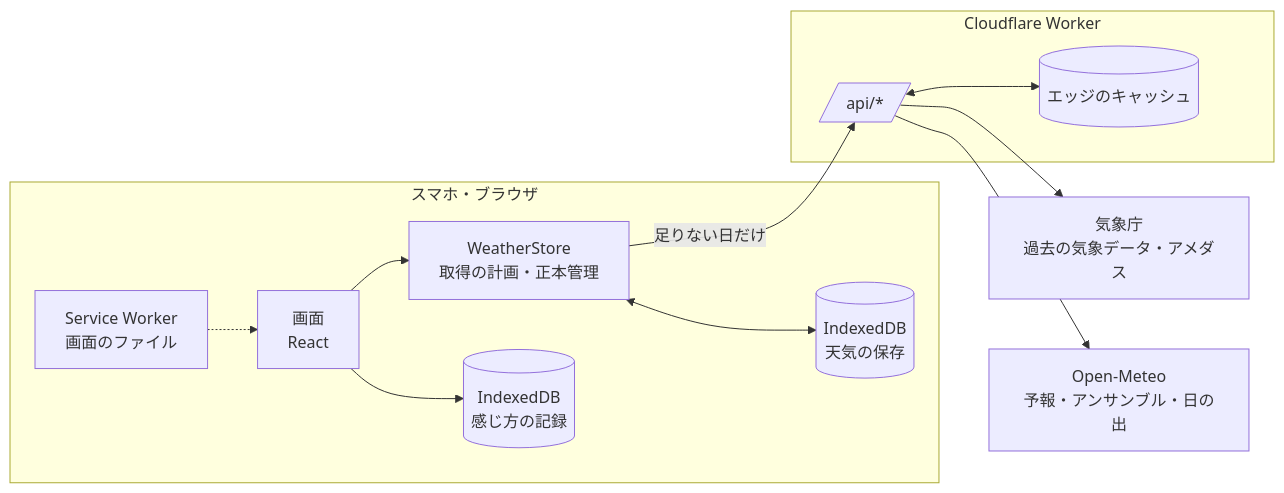
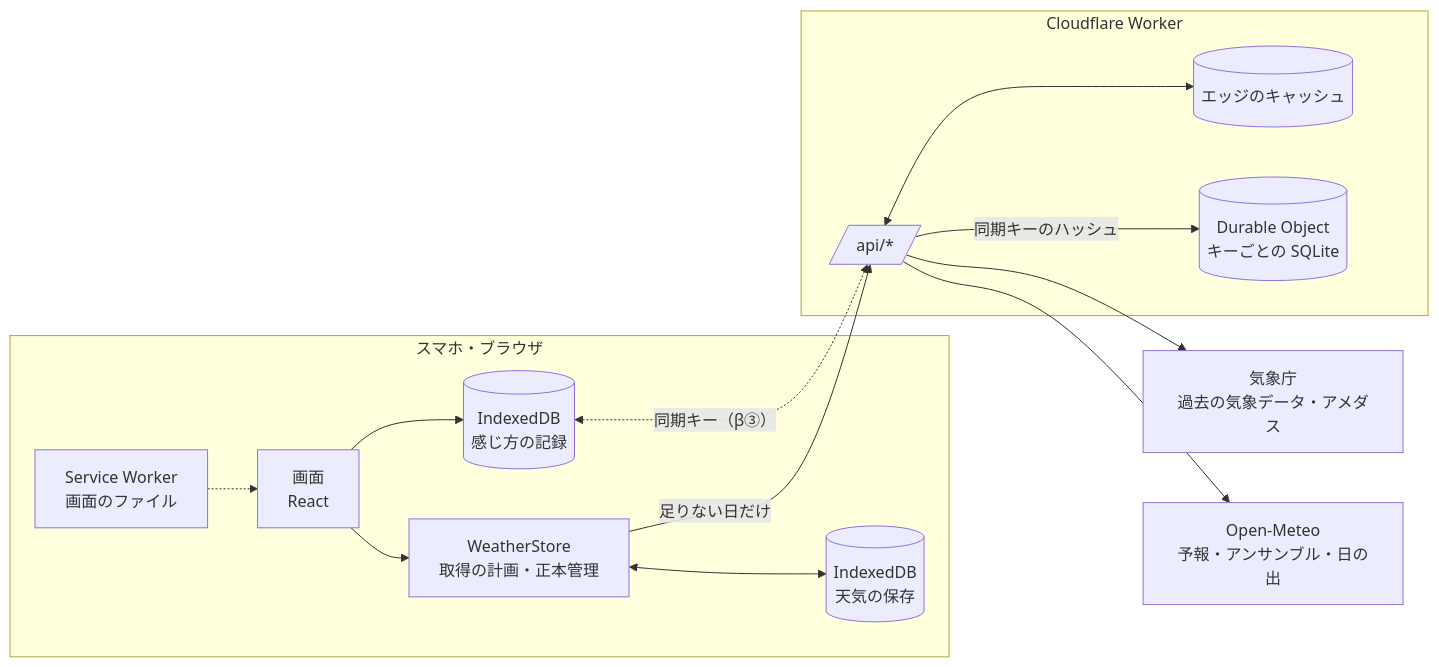
The diagram in README.md (Watanabe-Masao/weather-note-cf), drawn with Mermaid before and after one commit. The commit also changed other lines of this file and 13 other files, not shown here.

````diff
--- a/README.md
+++ b/README.md
@@ -31,15 +31,17 @@
 ```mermaid
 flowchart LR
   subgraph 端末[スマホ・ブラウザ]
     UI[画面<br/>React] --> Store[WeatherStore<br/>取得の計画・正本管理]
     Store <--> IDB[(IndexedDB<br/>天気の保存)]
     UI --> Reports[(IndexedDB<br/>感じ方の記録)]
     SW[Service Worker<br/>画面のファイル] -.-> UI
   end
   subgraph CF[Cloudflare Worker]
     API[/api/*/] <--> Edge[(エッジのキャッシュ)]
+    API -- 同期キーのハッシュ --> DO[(Durable Object<br/>キーごとの SQLite)]
   end
+  Reports <-. 同期キー（β③） .-> API
   Store -- 足りない日だけ --> API
   API --> JMA[気象庁<br/>過去の気象データ・アメダス]
   API --> OM[Open-Meteo<br/>予報・アンサンブル・日の出]
 ```
````
